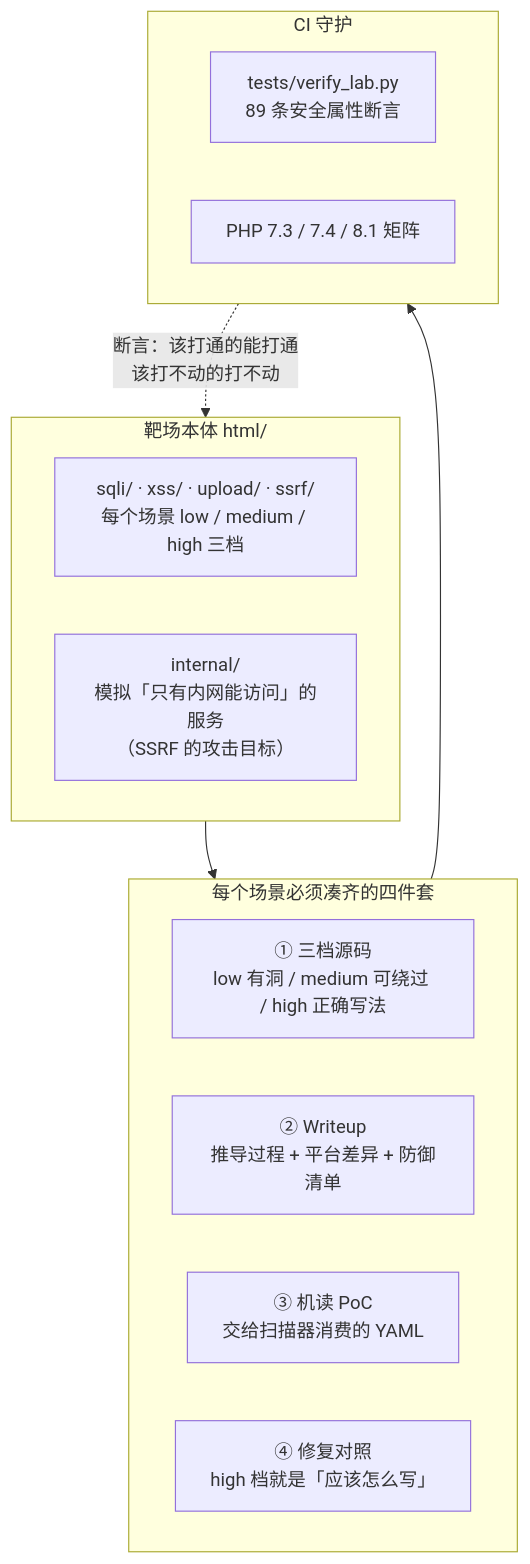
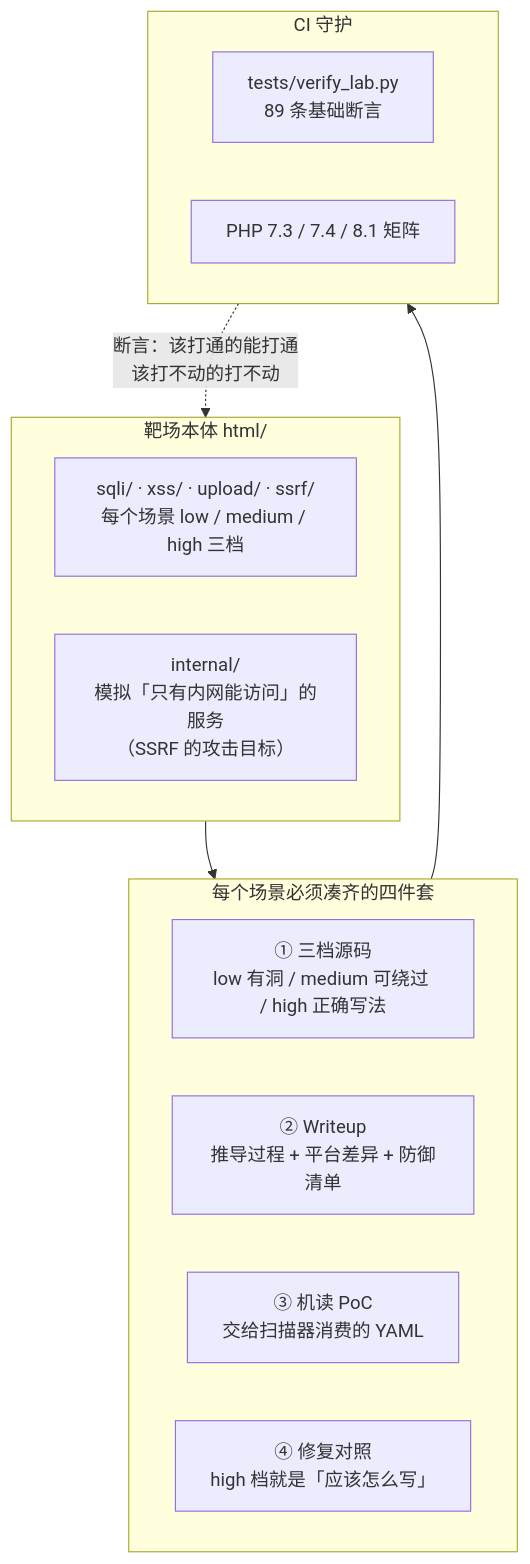
Before and after one commit to hediwen831-star/vulnlab: the diagram in README.md, drawn with Mermaid. The commit also changed other lines of this file and 35 other files, not shown here.

````diff
--- a/README.md
+++ b/README.md
@@ -94,24 +94,24 @@
 ```mermaid
 flowchart TB
     subgraph LAB["靶场本体 html/"]
         L1["sqli/ · xss/ · upload/ · ssrf/<br/>每个场景 low / medium / high 三档"]
         L2["internal/<br/>模拟「只有内网能访问」的服务<br/>（SSRF 的攻击目标）"]
     end
 
     subgraph SET["每个场景必须凑齐的四件套"]
         direction LR
         A1["① 三档源码<br/>low 有洞 / medium 可绕过 / high 正确写法"]
         A2["② Writeup<br/>推导过程 + 平台差异 + 防御清单"]
         A3["③ 机读 PoC<br/>交给扫描器消费的 YAML"]
         A4["④ 修复对照<br/>high 档就是「应该怎么写」"]
     end
 
     subgraph CI["CI 守护"]
-        C1["tests/verify_lab.py<br/>89 条安全属性断言"]
+        C1["tests/verify_lab.py<br/>89 条基础断言"]
         C2["PHP 7.3 / 7.4 / 8.1 矩阵"]
     end
 
     LAB --> SET
     SET --> CI
     CI -. "断言：该打通的能打通<br/>该打不动的打不动" .-> LAB
 ```
````
